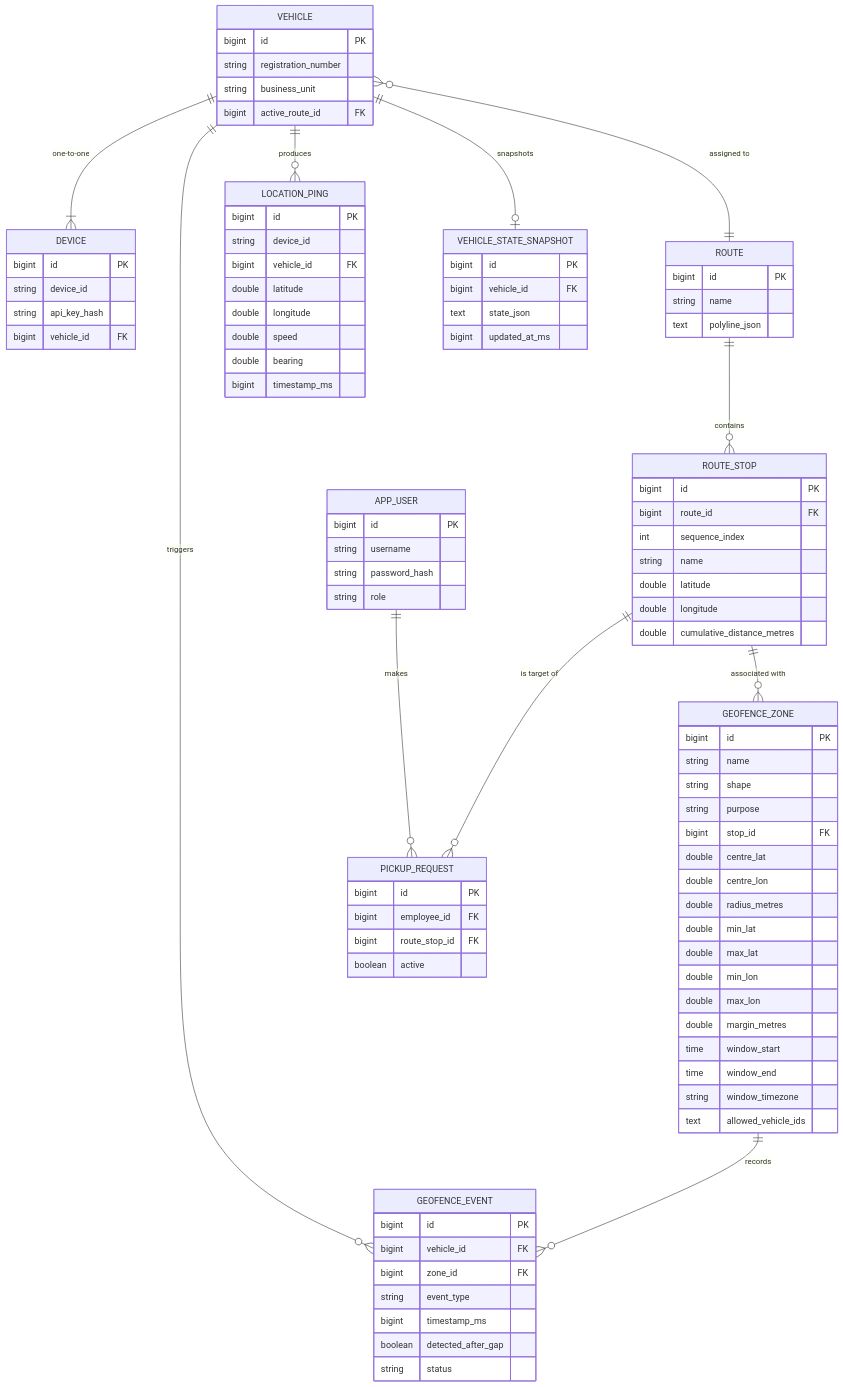
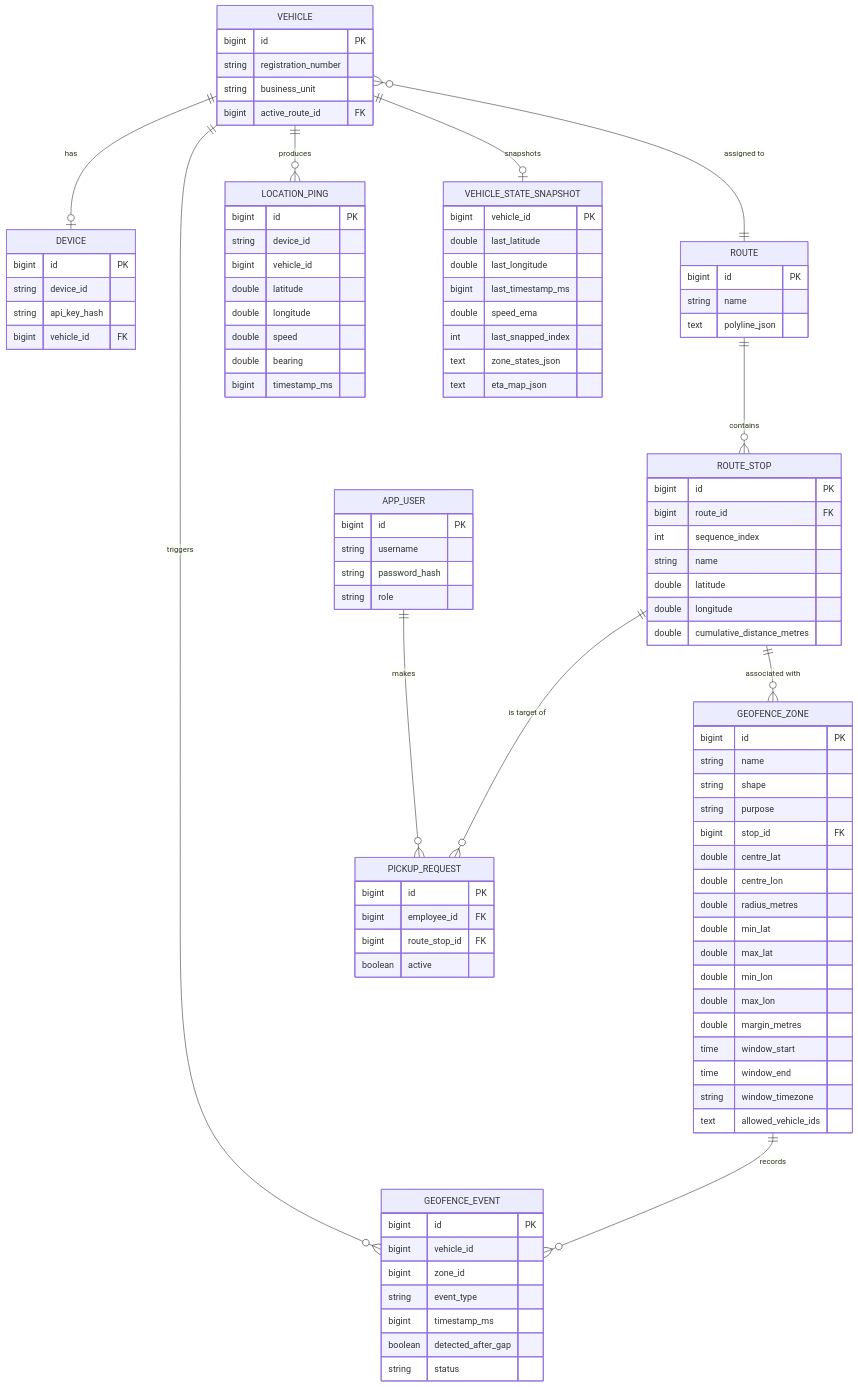
Before and after one commit to aman68695613/vehicle-tracking-service: the diagram in README.md, drawn with Mermaid. The commit also changed other lines of this file and 6 other files, not shown here.

Commit message:
fix: ETA map wipe, geofence/device validation, exception handlers, Postman X-Device-ID, README corrections

```diff
--- a/README.md
+++ b/README.md
@@ -97,8 +99,8 @@
 
     GEOFENCE_EVENT {
         bigint id PK
-        bigint vehicle_id FK
-        bigint zone_id FK
+        bigint vehicle_id
+        bigint zone_id
         string event_type
         bigint timestamp_ms
         boolean detected_after_gap
@@ -108,7 +110,7 @@
     LOCATION_PING {
         bigint id PK
         string device_id
-        bigint vehicle_id FK
+        bigint vehicle_id
         double latitude
         double longitude
         double speed
@@ -117,13 +119,17 @@
     }
 
     VEHICLE_STATE_SNAPSHOT {
-        bigint id PK
-        bigint vehicle_id FK
-        text state_json
-        bigint updated_at_ms
+        bigint vehicle_id PK
+        double last_latitude
+        double last_longitude
+        bigint last_timestamp_ms
+        double speed_ema
+        int last_snapped_index
+        text zone_states_json
+        text eta_map_json
     }
 
-    VEHICLE ||--|{ DEVICE : "one-to-one"
+    VEHICLE ||--o| DEVICE : "has"
     ROUTE ||--o{ ROUTE_STOP : "contains"
     VEHICLE }o--|| ROUTE : "assigned to"
     ROUTE_STOP ||--o{ GEOFENCE_ZONE : "associated with"
```
